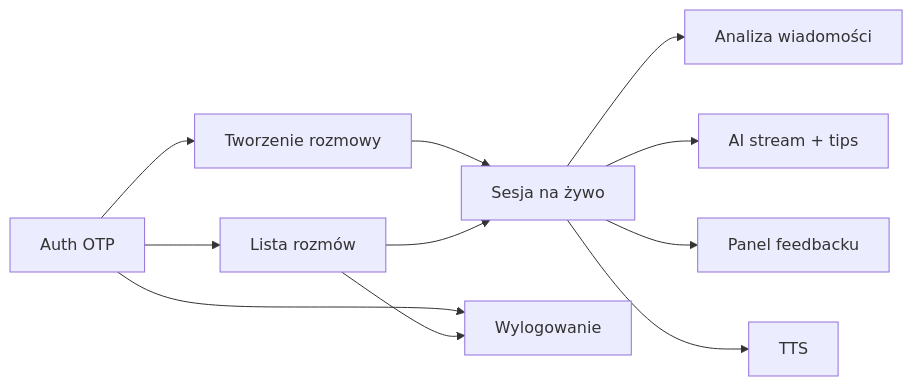
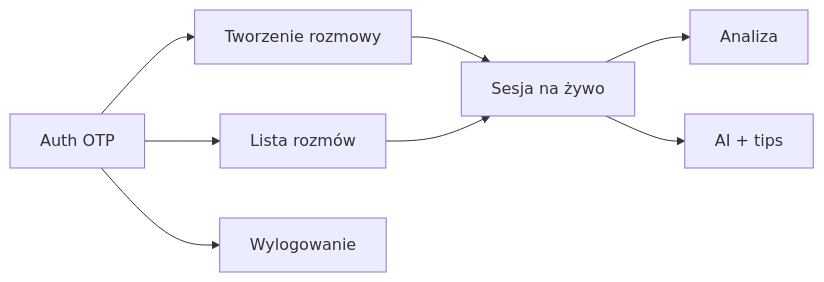
Before and after one commit to Kacper-Ksiazek/ord-frontend: the diagram in docs/e2e-test-plan.md, drawn with Mermaid. The commit also changed other lines of this file, not shown here.

````diff
--- a/docs/e2e-test-plan.md
+++ b/docs/e2e-test-plan.md
@@ -70,13 +71,10 @@
 ```mermaid
 flowchart LR
     A[Auth OTP] --> B[Lista rozmów]
     A --> C[Tworzenie rozmowy]
     C --> D[Sesja na żywo]
     B --> D
-    D --> E[Analiza wiadomości]
-    D --> F[AI stream + tips]
-    D --> G[Panel feedbacku]
-    D --> H[TTS]
+    D --> E[Analiza]
+    D --> F[AI + tips]
     A --> I[Wylogowanie]
-    B --> I
 ```
````
